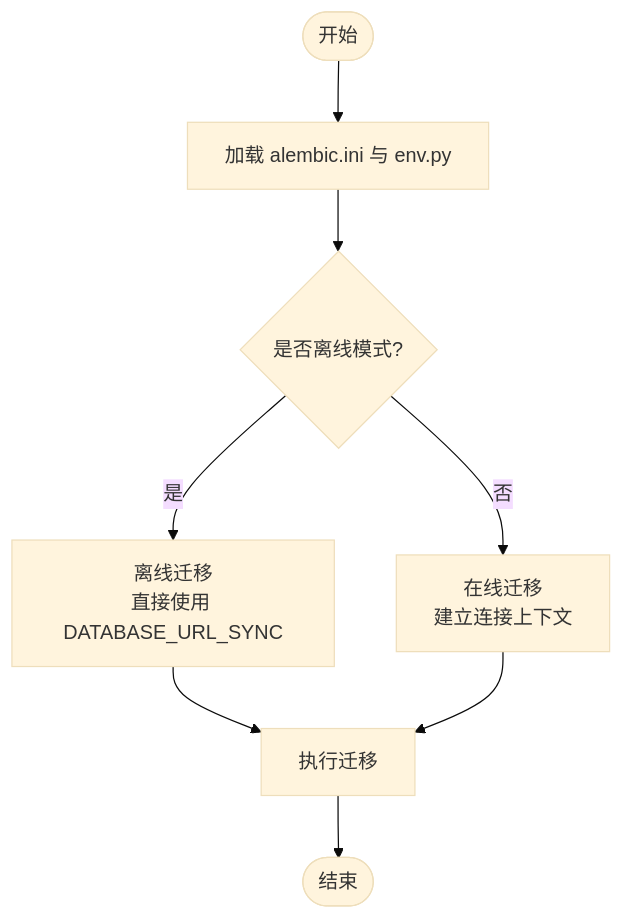
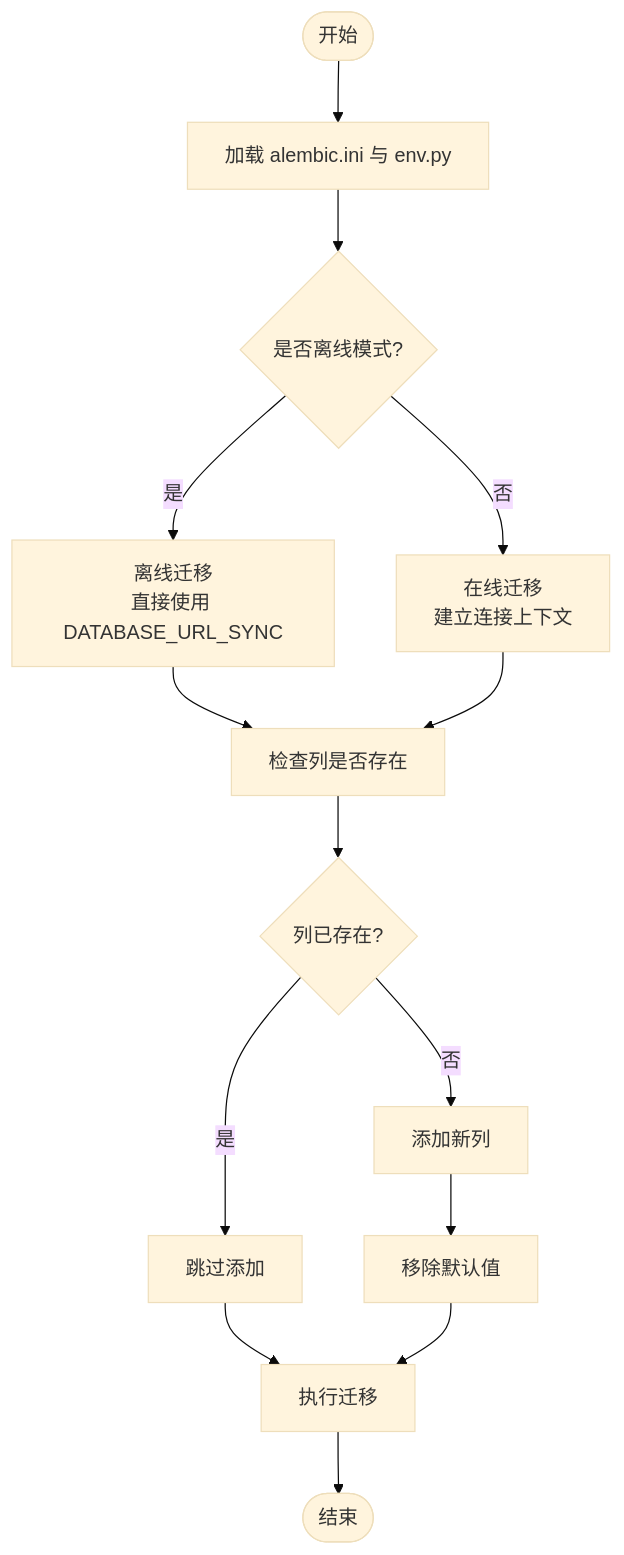
Before and after one commit to xfbyxq/ai-novel-system: the third of 6 diagrams in .qoder/repowiki/zh/content/部署与运维/数据库管理与迁移.md, drawn with Mermaid (base theme). The commit also changed other lines of this file and 17 other files, not shown here.

````diff
--- a/.qoder/repowiki/zh/content/部署与运维/数据库管理与迁移.md
+++ b/.qoder/repowiki/zh/content/部署与运维/数据库管理与迁移.md
@@ -147,10 +160,16 @@
 ```mermaid
 flowchart TD
 Start(["开始"]) --> LoadCfg["加载 alembic.ini 与 env.py"]
 LoadCfg --> DetectMode{"是否离线模式?"}
 DetectMode --> |是| Offline["离线迁移<br/>直接使用 DATABASE_URL_SYNC"]
 DetectMode --> |否| Online["在线迁移<br/>建立连接上下文"]
-Offline --> RunMigs["执行迁移"]
-Online --> RunMigs
+Offline --> CheckColumn["检查列是否存在"]
+Online --> CheckColumn
+CheckColumn --> Exists{"列已存在?"}
+Exists --> |是| Skip["跳过添加"]
+Exists --> |否| AddCol["添加新列"]
+Skip --> RunMigs["执行迁移"]
+AddCol --> RemoveDefault["移除默认值"]
+RemoveDefault --> RunMigs
 RunMigs --> End(["结束"])
 ```
````
